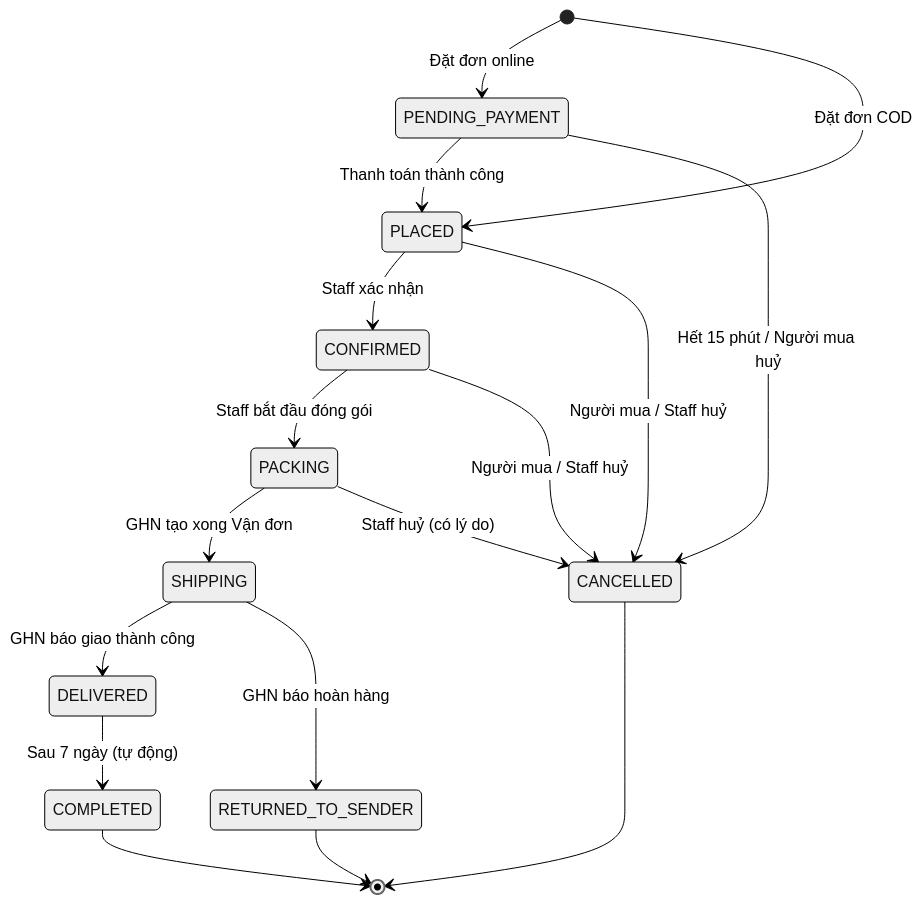
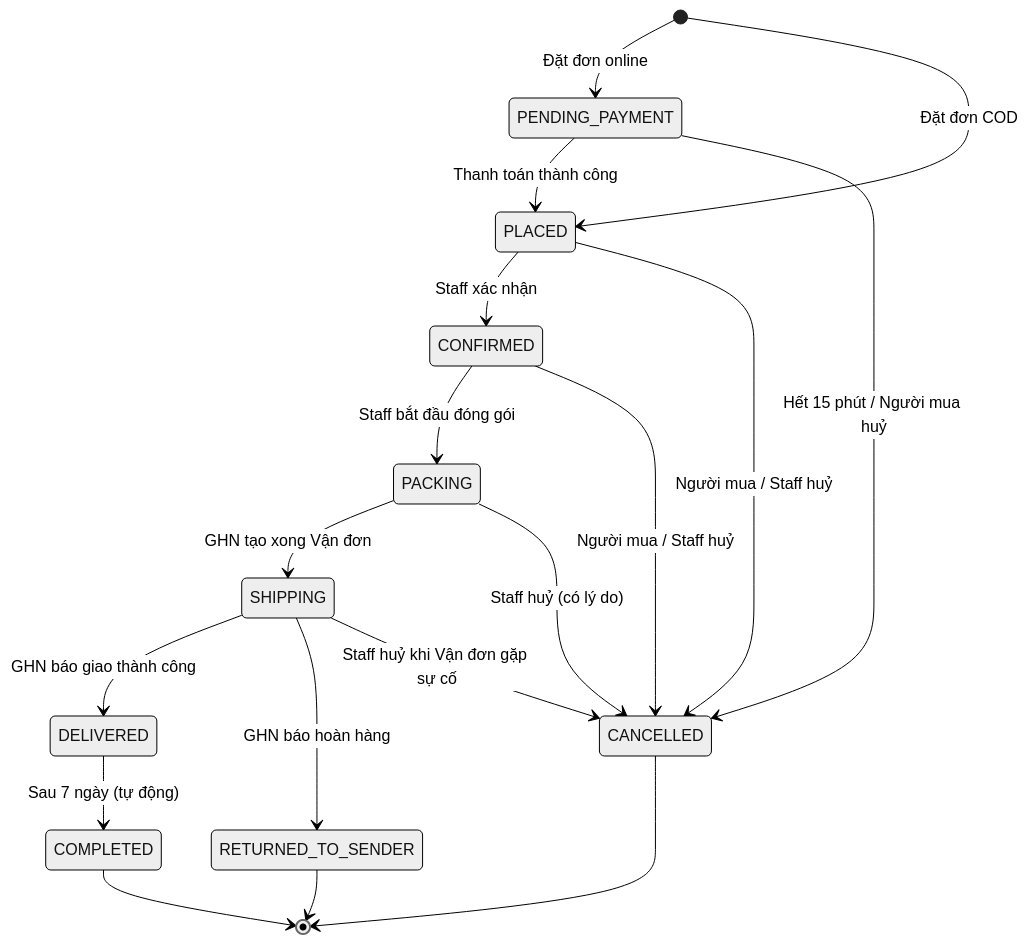
One commit to LuongCongThanh/boilerplate-ecommerce-next-16 changed the diagram in docs/business/05-order-lifecycle.md. Above: the diagram before and after it, drawn with Mermaid (neutral theme). The commit also changed other lines of this file and 16 other files, not shown here.

First line of the commit message:
docs: fix architecture gaps in locking, idempotency, tasks and API ownership

````diff
--- a/docs/business/05-order-lifecycle.md
+++ b/docs/business/05-order-lifecycle.md
@@ -23,26 +23,27 @@
 ```mermaid
 stateDiagram-v2
     [*] --> PENDING_PAYMENT: Đặt đơn online
     [*] --> PLACED: Đặt đơn COD
 
     PENDING_PAYMENT --> PLACED: Thanh toán thành công
     PENDING_PAYMENT --> CANCELLED: Hết 15 phút / Người mua huỷ
 
     PLACED --> CONFIRMED: Staff xác nhận
     PLACED --> CANCELLED: Người mua / Staff huỷ
 
     CONFIRMED --> PACKING: Staff bắt đầu đóng gói
     CONFIRMED --> CANCELLED: Người mua / Staff huỷ
 
     PACKING --> SHIPPING: GHN tạo xong Vận đơn
     PACKING --> CANCELLED: Staff huỷ (có lý do)
 
     SHIPPING --> DELIVERED: GHN báo giao thành công
     SHIPPING --> RETURNED_TO_SENDER: GHN báo hoàn hàng
+    SHIPPING --> CANCELLED: Staff huỷ khi Vận đơn gặp sự cố
 
     DELIVERED --> COMPLETED: Sau 7 ngày (tự động)
 
     COMPLETED --> [*]
     CANCELLED --> [*]
     RETURNED_TO_SENDER --> [*]
 ```
````
